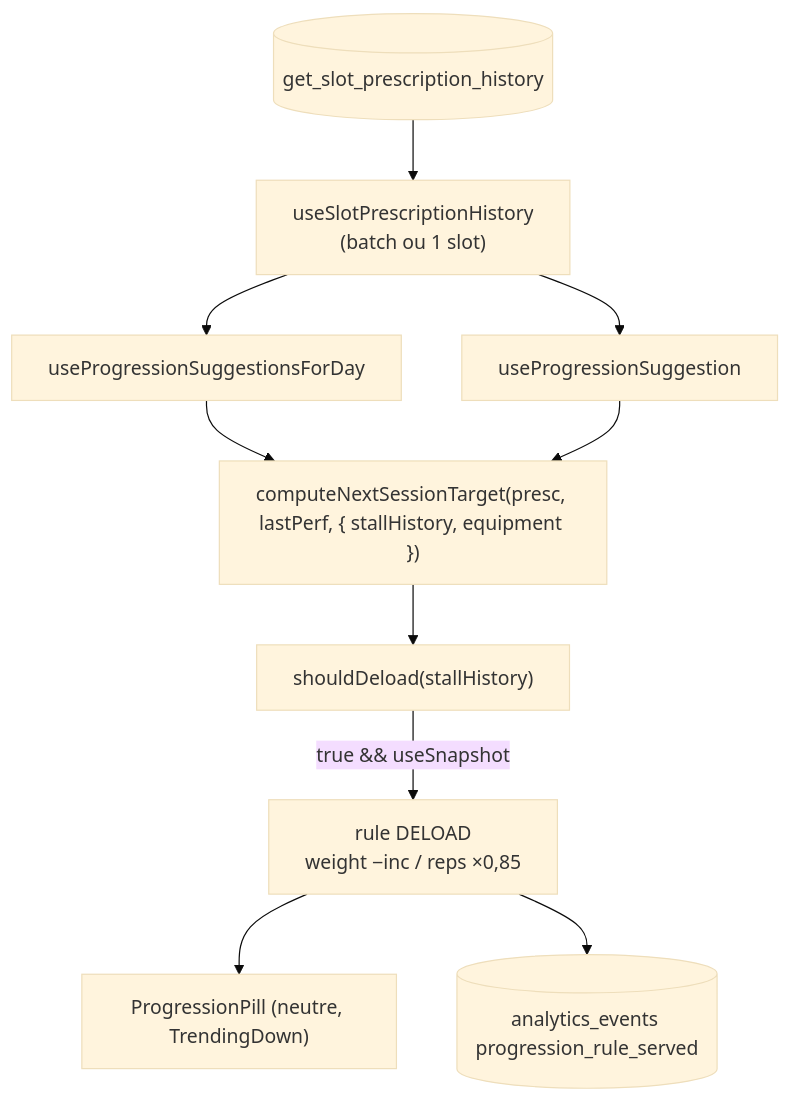
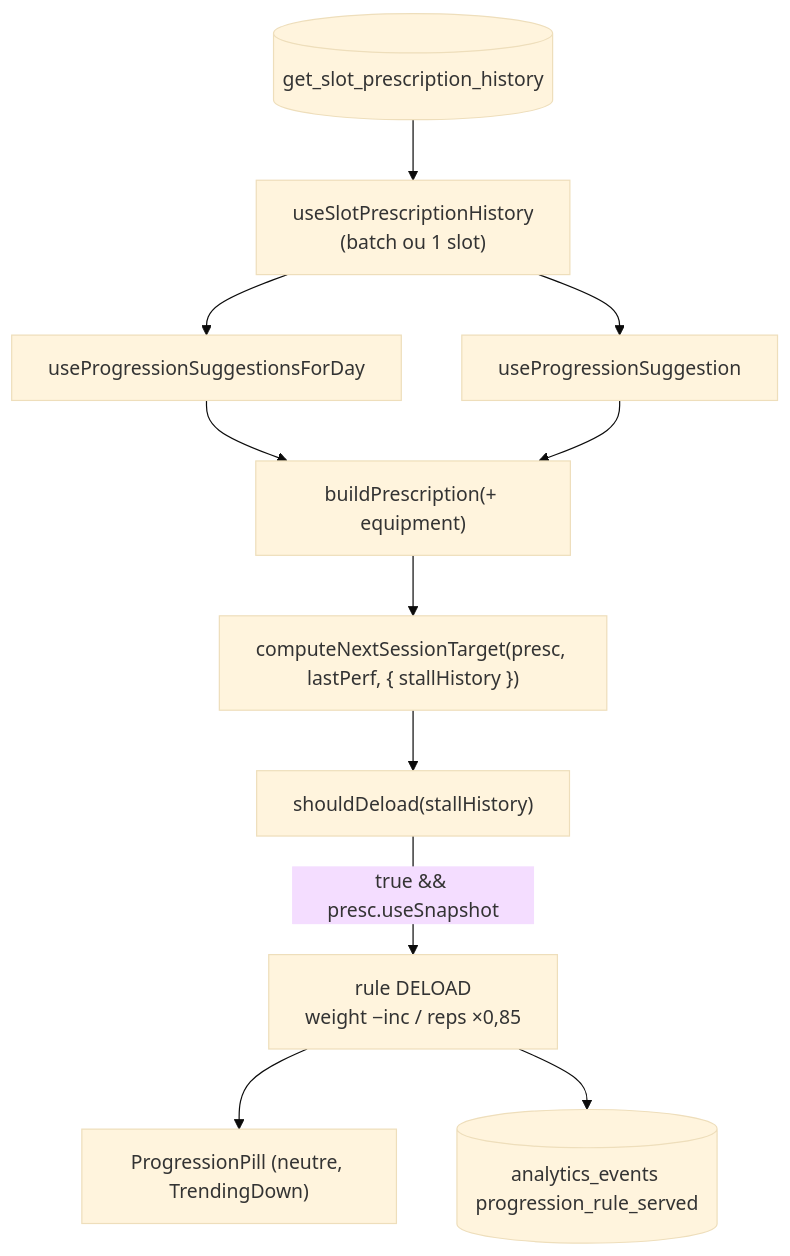
The second of 2 diagrams in docs/Tech_Plan_—_Sortie_de_blocage_(décharge_planifiée)_#705.md (PierreTsia/workout-app), drawn with Mermaid (base theme) before and after one commit. The commit also changed other lines of this file and 7 other files, not shown here.

````diff
--- a/docs/Tech_Plan_—_Sortie_de_blocage_(décharge_planifiée)_#705.md
+++ b/docs/Tech_Plan_—_Sortie_de_blocage_(décharge_planifiée)_#705.md
@@ -156,12 +170,13 @@
 ```mermaid
 graph TD
   RPC[("get_slot_prescription_history")] --> Hook["useSlotPrescriptionHistory<br/>(batch ou 1 slot)"]
   Hook --> HDay["useProgressionSuggestionsForDay"]
   Hook --> HSug["useProgressionSuggestion"]
-  HDay --> CNT["computeNextSessionTarget(presc, lastPerf, { stallHistory, equipment })"]
-  HSug --> CNT
+  HDay --> BP["buildPrescription(+ equipment)"]
+  HSug --> BP
+  BP --> CNT["computeNextSessionTarget(presc, lastPerf, { stallHistory })"]
   CNT --> SD["shouldDeload(stallHistory)"]
-  SD -->|true && useSnapshot| DELOAD["rule DELOAD<br/>weight −inc / reps ×0,85"]
+  SD -->|true && presc.useSnapshot| DELOAD["rule DELOAD<br/>weight −inc / reps ×0,85"]
   DELOAD --> Pill["ProgressionPill (neutre, TrendingDown)"]
   DELOAD --> AE[("analytics_events progression_rule_served")]
 ```
````
